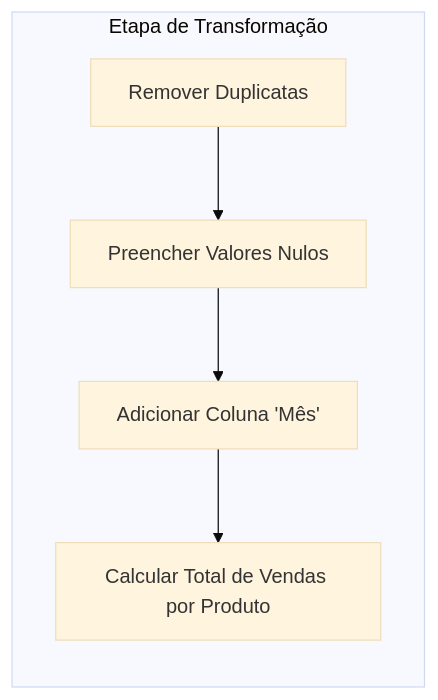
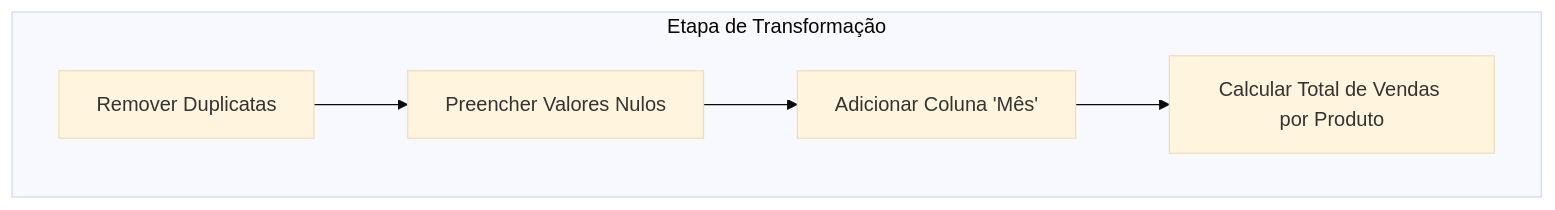
The third of 4 diagrams in README.md (lvgalvao/laennderAula04), drawn with Mermaid (base theme) before and after one commit. The commit also changed other lines of this file, not shown here.

````diff
--- a/README.md
+++ b/README.md
@@ -32,8 +37,9 @@
 ```mermaid
 flowchart LR
     subgraph Transformar[Etapa de Transformação]
+        direction LR
         B1[Remover Duplicatas] --> B2[Preencher Valores Nulos]
         B2 --> B3[Adicionar Coluna 'Mês']
         B3 --> B4[Calcular Total de Vendas por Produto]
     end
 ```
````
